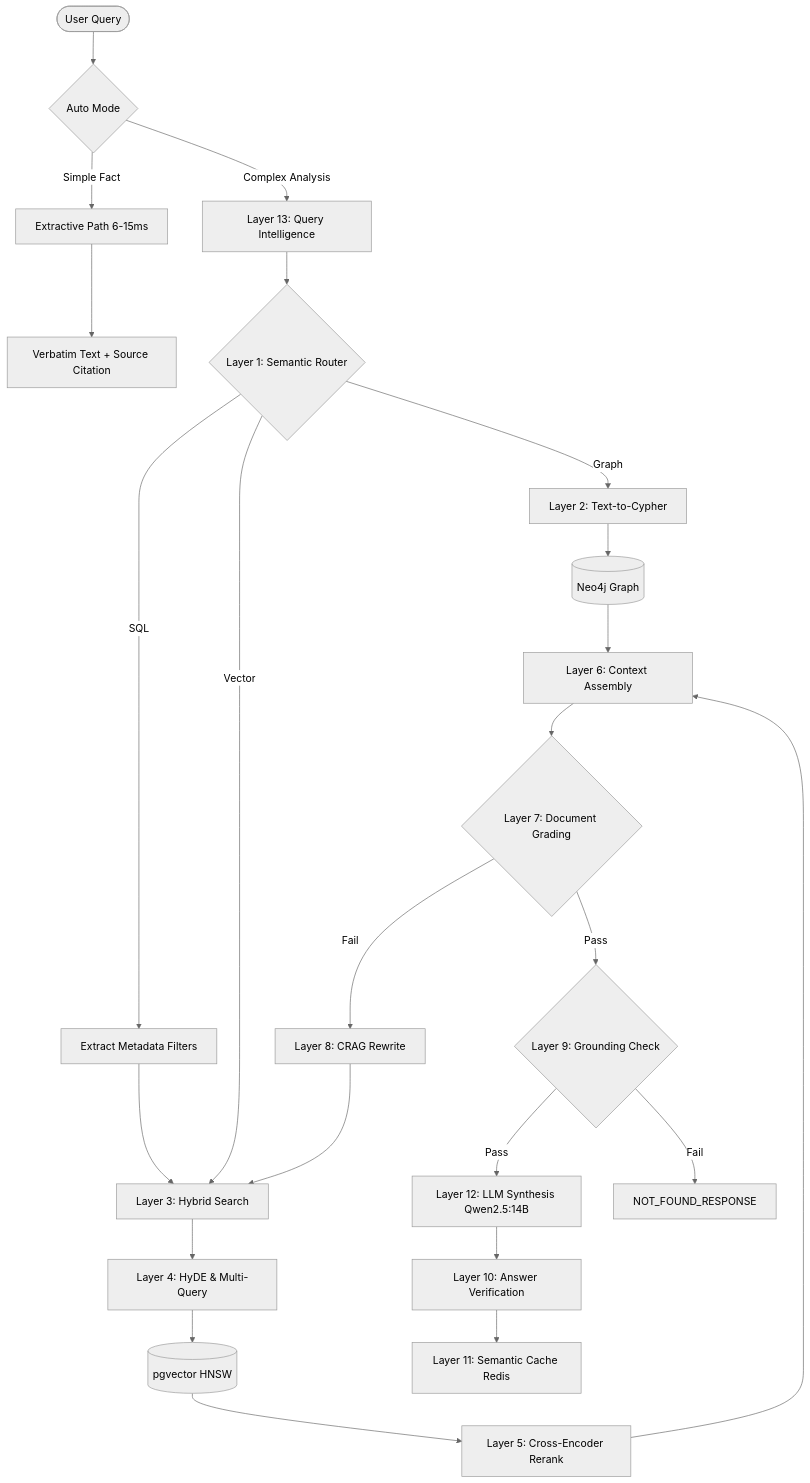
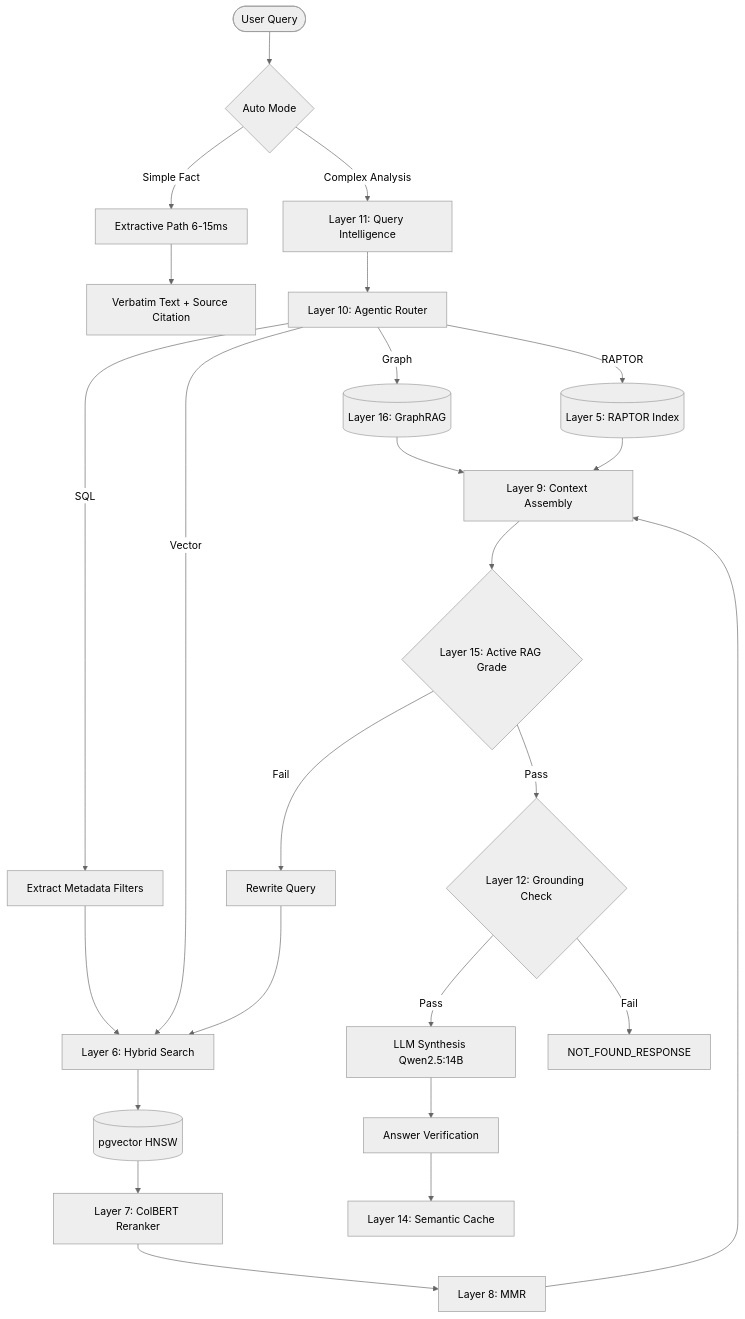
The diagram in README.md (varunsrivastav1999/Retrieval-Augmented-Generation--RAG-), drawn with Mermaid (neutral theme) before and after one commit. The commit also changed other lines of this file and 8 other files, not shown here.

Commit message:
Upgrade to 17-Layer Agentic RAG Architecture with RAPTOR, ColBERT, and Agentic Routing

````diff
--- a/README.md
+++ b/README.md
@@ -40,27 +41,35 @@
 ```mermaid
 graph TD
     User([User Query]) --> Auto{Auto Mode}
     Auto -- Simple Fact --> Ext[Extractive Path 6-15ms]
-    Auto -- Complex Analysis --> R13[Layer 13: Query Intelligence]
+    Auto -- Complex Analysis --> QIntel[Layer 11: Query Intelligence]
     Ext --> Verbatim[Verbatim Text + Source Citation]
 
-    R13 --> R1{Layer 1: Semantic Router}
-    R1 -- Graph --> R2[Layer 2: Text-to-Cypher]
-    R2 --> Neo4j[(Neo4j Graph)]
-    Neo4j --> R6[Layer 6: Context Assembly]
-    R1 -- SQL --> SF[Extract Metadata Filters]
-    SF --> R3
-    R1 -- Vector --> R3[Layer 3: Hybrid Search]
-    R3 --> R4[Layer 4: HyDE & Multi-Query]
-    R4 --> PGV[(pgvector HNSW)]
-    PGV --> R5[Layer 5: Cross-Encoder Rerank]
-    R5 --> R6
-    R6 --> R7{Layer 7: Document Grading}
-    R7 -- Pass --> R9{Layer 9: Grounding Check}
-    R7 -- Fail --> R8[Layer 8: CRAG Rewrite]
-    R8 --> R3
-    R9 -- Pass --> R12[Layer 12: LLM Synthesis Qwen2.5:14B]
-    R9 -- Fail --> HALT[NOT_FOUND_RESPONSE]
-    R12 --> R10[Layer 10: Answer Verification]
-    R10 --> Cache[Layer 11: Semantic Cache Redis]
+    QIntel --> Router[Layer 10: Agentic Router]
+    
+    Router -- Graph --> Neo4j[(Layer 16: GraphRAG)]
+    Neo4j --> ContextAssemble[Layer 9: Context Assembly]
+    
+    Router -- RAPTOR --> RaptorDB[(Layer 5: RAPTOR Index)]
+    RaptorDB --> ContextAssemble
+    
+    Router -- SQL --> ExtMeta[Extract Metadata Filters]
+    ExtMeta --> Hybrid[Layer 6: Hybrid Search]
+    
+    Router -- Vector --> Hybrid
+    Hybrid --> PGV[(pgvector HNSW)]
+    PGV --> Reranker[Layer 7: ColBERT Reranker]
+    Reranker --> MMR[Layer 8: MMR]
+    MMR --> ContextAssemble
+    
+    ContextAssemble --> Grade{Layer 15: Active RAG Grade}
+    Grade -- Pass --> Grounding{Layer 12: Grounding Check}
+    Grade -- Fail --> Rewrite[Rewrite Query]
+    Rewrite --> Hybrid
+    
+    Grounding -- Pass --> LLM[LLM Synthesis Qwen2.5:14B]
+    Grounding -- Fail --> HALT[NOT_FOUND_RESPONSE]
+    
+    LLM --> Verify[Answer Verification]
+    Verify --> Cache[Layer 14: Semantic Cache]
 ```
````
